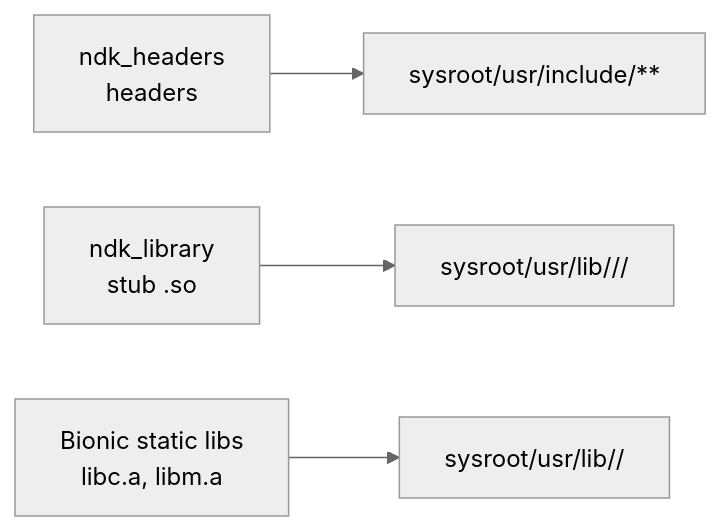
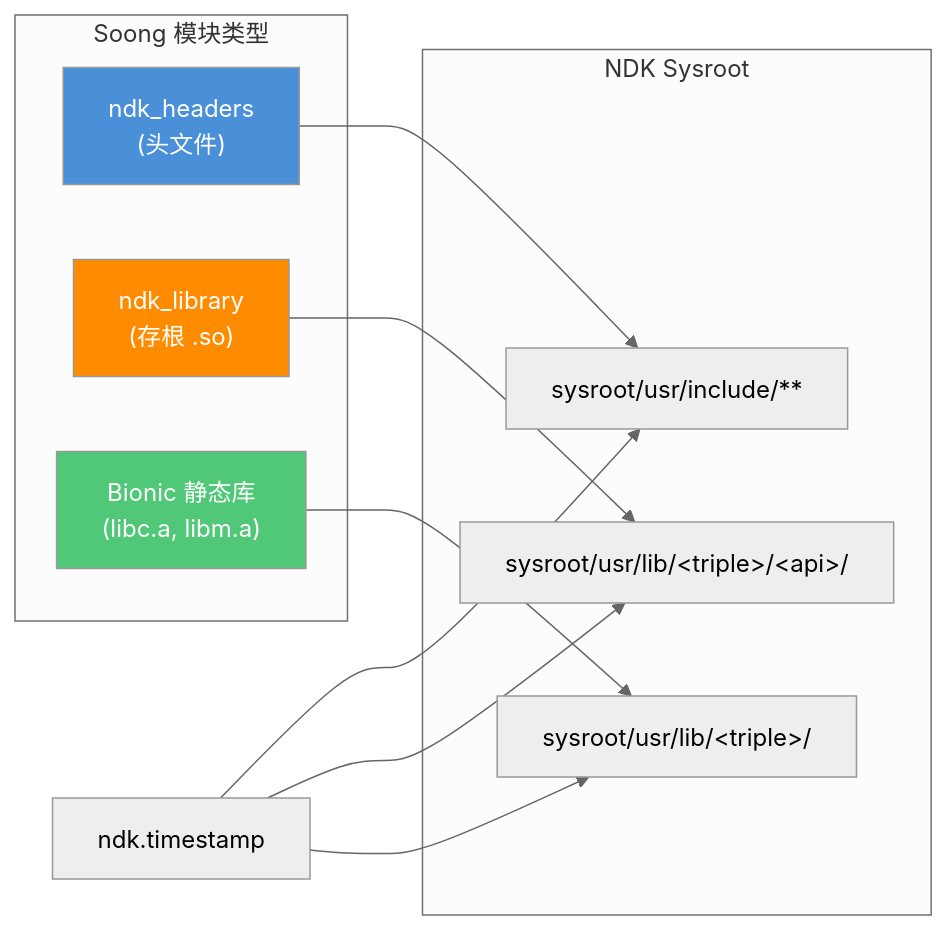
The second of 5 diagrams in 11-ndk-zh.md (fwrite0920/aosp-internal-book), drawn with Mermaid (neutral theme) before and after one commit. The commit also changed other lines of this file and 63 other files, not shown here.

````diff
--- a/11-ndk-zh.md
+++ b/11-ndk-zh.md
@@ -60,6 +63,26 @@
 ```mermaid
 graph LR
-    NH["ndk_headers<br/>headers"] --> INC["sysroot/usr/include/**"]
-    NL["ndk_library<br/>stub .so"] --> LIB["sysroot/usr/lib/<triple>/<api>/"]
-    BS["Bionic static libs<br/>libc.a, libm.a"] --> STA["sysroot/usr/lib/<triple>/"]
+    subgraph "Soong 模块类型"
+        NH["ndk_headers<br/>(头文件)"]
+        NL["ndk_library<br/>(存根 .so)"]
+        BS["Bionic 静态库<br/>(libc.a, libm.a)"]
+    end
+
+    subgraph "NDK Sysroot"
+        INC["sysroot/usr/include/**"]
+        LIB["sysroot/usr/lib/&lt;triple&gt;/&lt;api&gt;/"]
+        STA["sysroot/usr/lib/&lt;triple&gt;/"]
+    end
+
+    NH --> INC
+    NL --> LIB
+    BS --> STA
+
+    TS["ndk.timestamp"] --> INC
+    TS --> LIB
+    TS --> STA
+
+    style NH fill:#4a90d9,color:white
+    style NL fill:#ff8c00,color:white
+    style BS fill:#50c878,color:white
 ```
````
